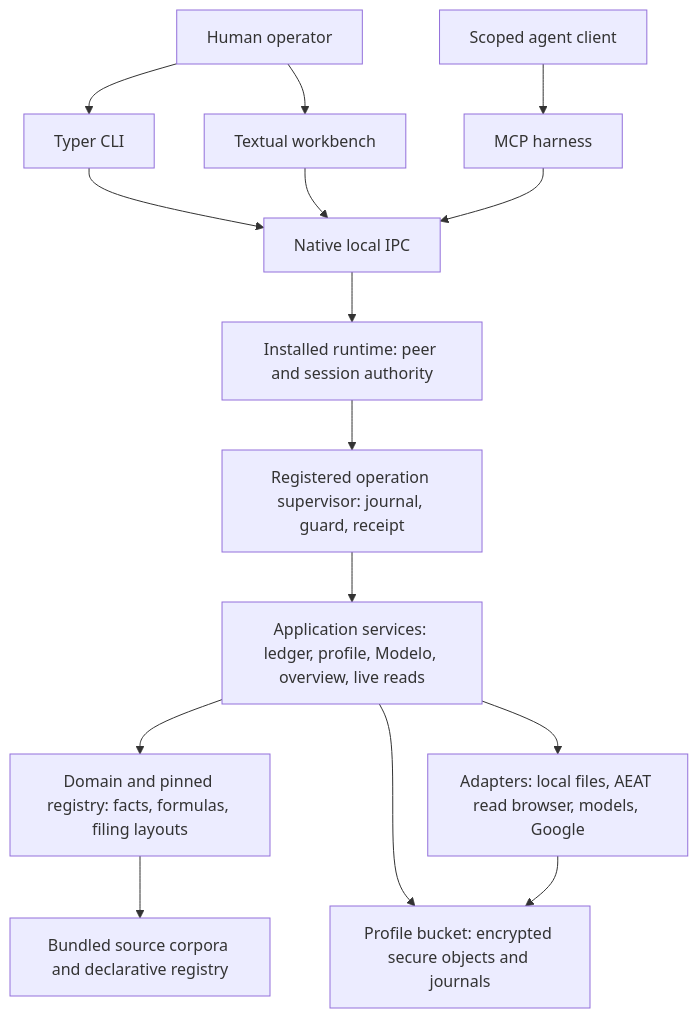
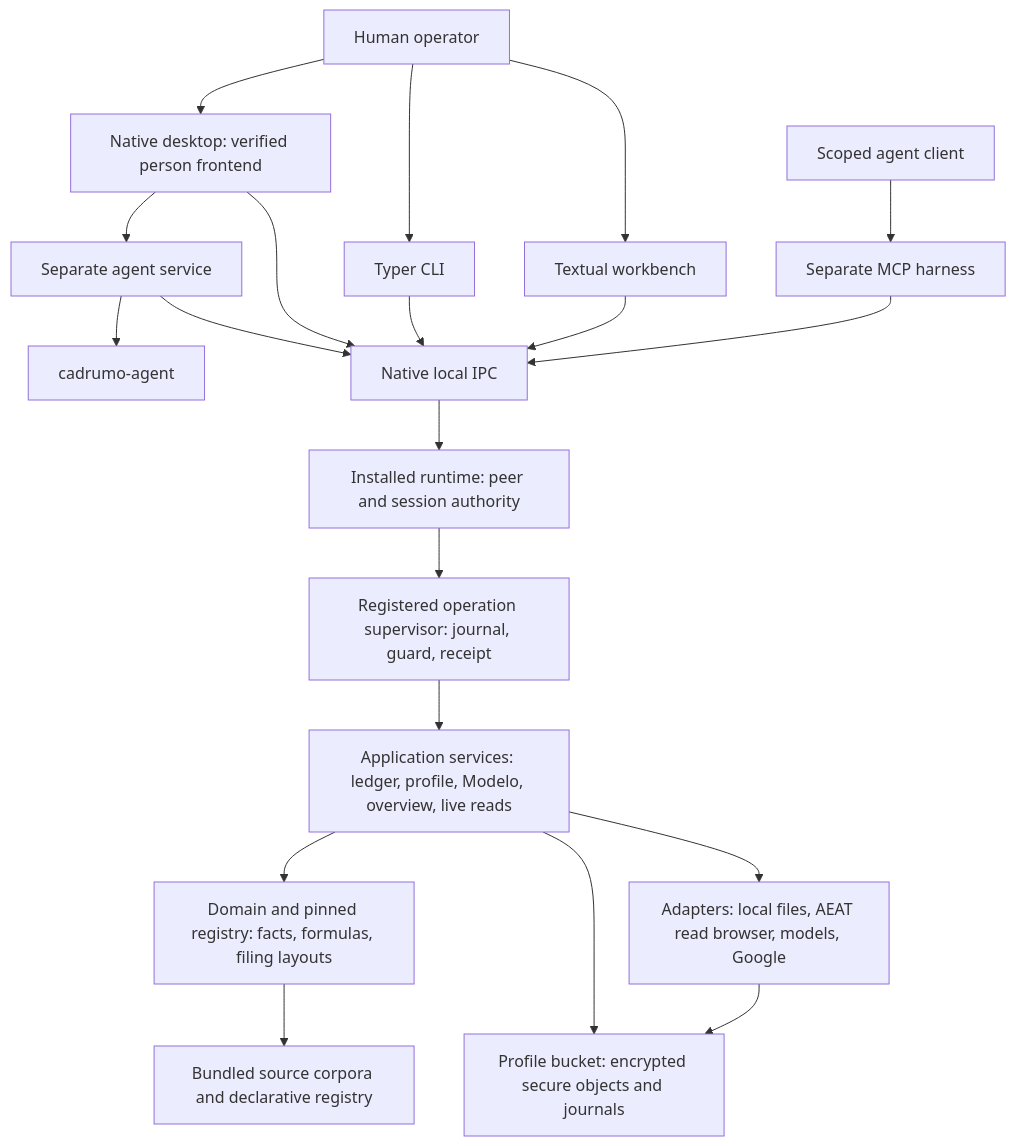
One commit to nevenincs/cadrumo changed the diagram in .claude/skills/cadrumo-start/references/00-architecture.md. Above: the diagram before and after it, drawn with Mermaid. The commit also changed other lines of this file and 8832 other files, not shown here.

````diff
--- a/.claude/skills/cadrumo-start/references/00-architecture.md
+++ b/.claude/skills/cadrumo-start/references/00-architecture.md
@@ -7,17 +7,22 @@
 ```mermaid
 flowchart TD
   H[Human operator] --> CLI[Typer CLI]
   H --> TUI[Textual workbench]
-  A[Scoped agent client] --> MCP[MCP harness]
+  H --> DESK[Native desktop: verified person frontend]
+  DESK --> AS[Separate agent service]
+  AS --> AG[cadrumo-agent]
+  AS --> IPC
+  DESK --> IPC
+  A[Scoped agent client] --> MCP[Separate MCP harness]
   CLI --> IPC[Native local IPC]
   TUI --> IPC
   MCP --> IPC
   IPC --> R[Installed runtime: peer and session authority]
   R --> O[Registered operation supervisor: journal, guard, receipt]
   O --> APP[Application services: ledger, profile, Modelo, overview, live reads]
   APP --> D[Domain and pinned registry: facts, formulas, filing layouts]
   APP --> S[Profile bucket: encrypted secure objects and journals]
   APP --> EXT[Adapters: local files, AEAT read browser, models, Google]
   EXT --> S
   D --> K[Bundled source corpora and declarative registry]
 ```
````
